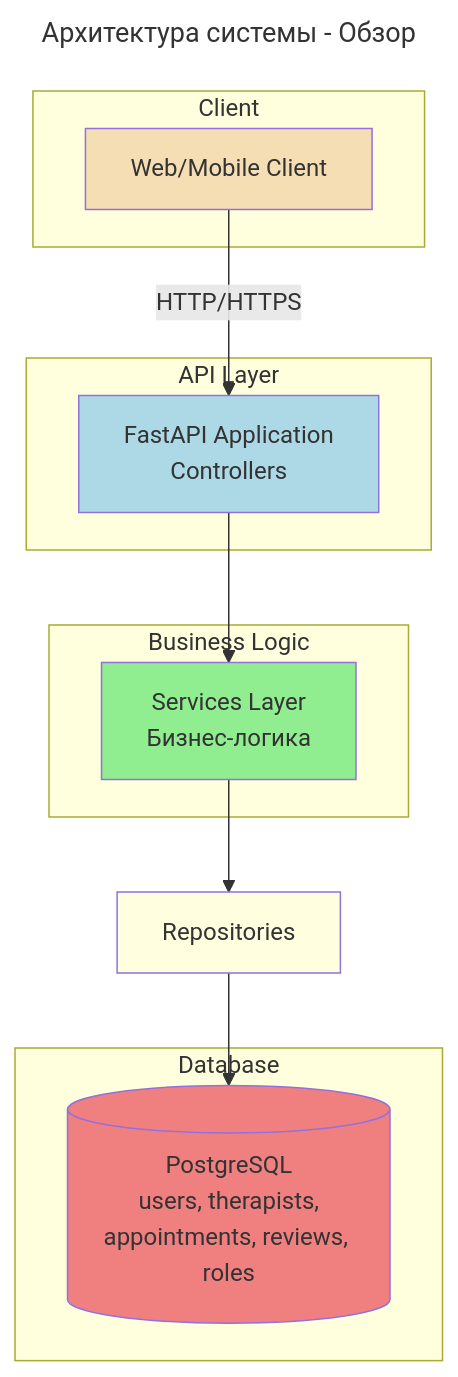
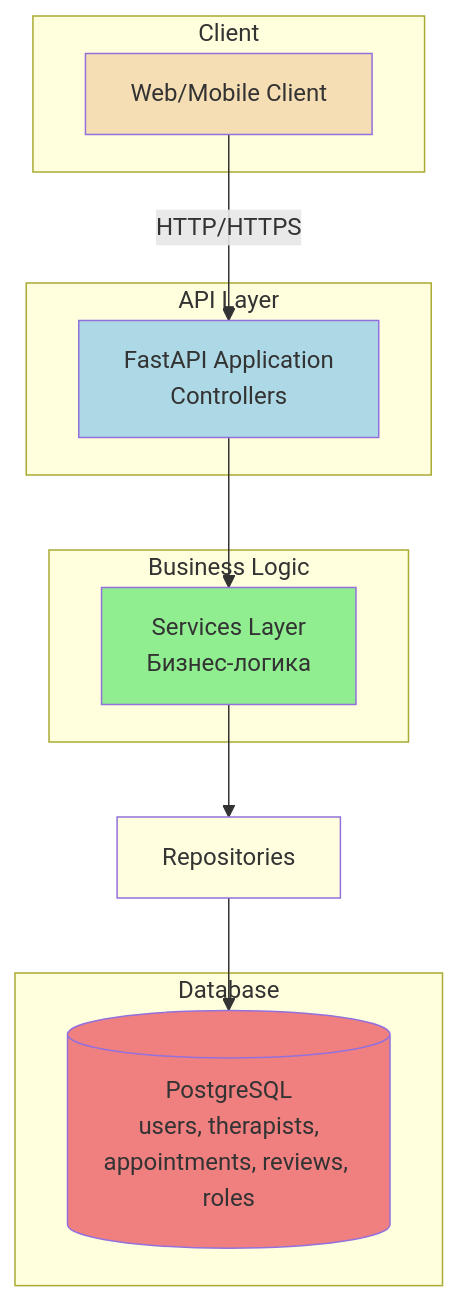
Before and after one commit to nikitabel0/mospoly-psychological-support: the diagram in architecture_diagram.mmd, drawn with Mermaid. The commit also changed 2 other files, not shown here.

```diff
--- a/architecture_diagram.mmd
+++ b/architecture_diagram.mmd
@@ -1,36 +1,33 @@
----
-title: Архитектура системы - Обзор
----
 graph TB
     subgraph "Client"
         Browser[Web/Mobile Client]
     end
     
     subgraph "API Layer"
         FastAPI[FastAPI Application<br/>Controllers]
     end
     
     subgraph "Business Logic"
         Services[Services Layer<br/>Бизнес-логика]
     end
     
     subgraph "Database"
         DB[(PostgreSQL<br/>users, therapists,<br/>appointments, reviews, roles)]
     end
     
     Browser -->|HTTP/HTTPS| FastAPI
     FastAPI --> Services
     Services --> Repositories
     Repositories --> DB
     
     classDef client fill:#F5DEB3
     classDef api fill:#ADD8E6
     classDef business fill:#90EE90
     classDef data fill:#FFFFE0
     classDef database fill:#F08080
     
     class Browser client
     class FastAPI api
     class Services business
     class Repositories,Auth data
     class DB database
```
